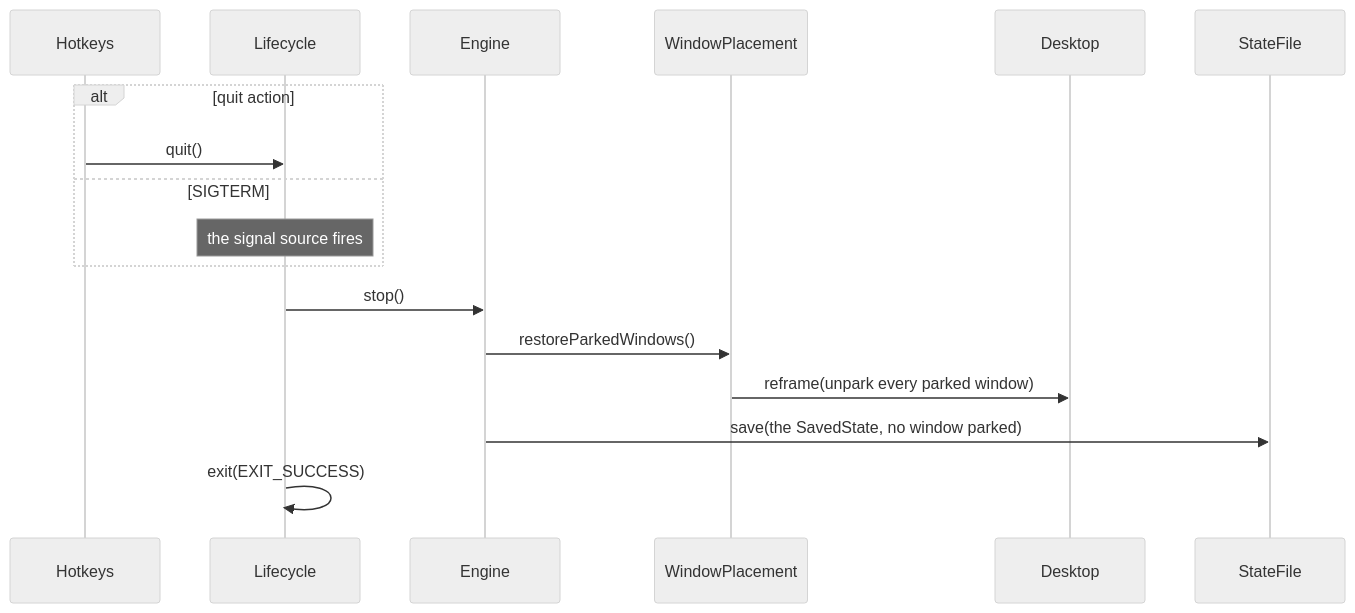
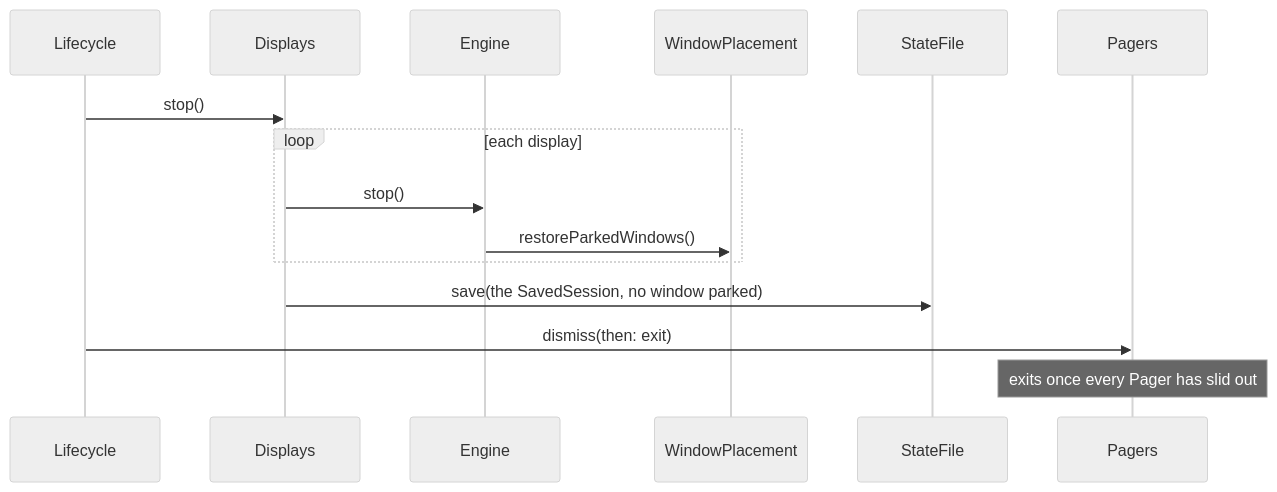
One commit to brennovich/ottowm changed diagram 21 of 25 in ARCHITECTURE.md. Above: the diagram before and after it, drawn with Mermaid (neutral theme). The commit also changed other lines of this file and 71 other files, not shown here.

First line of the commit message:
Run one engine and one Pager per display

````diff
--- a/ARCHITECTURE.md
+++ b/ARCHITECTURE.md
@@ -436,13 +493,11 @@
 ```mermaid
 sequenceDiagram
-    alt quit action
-        Hotkeys->>Lifecycle: quit()
-    else SIGTERM
-        Note over Lifecycle: the signal source fires
+    Lifecycle->>Displays: stop()
+    loop each display
+        Displays->>Engine: stop()
+        Engine->>WindowPlacement: restoreParkedWindows()
     end
-    Lifecycle->>Engine: stop()
-    Engine->>WindowPlacement: restoreParkedWindows()
-    WindowPlacement->>Desktop: reframe(unpark every parked window)
-    Engine->>StateFile: save(the SavedState, no window parked)
-    Lifecycle->>Lifecycle: exit(EXIT_SUCCESS)
+    Displays->>StateFile: save(the SavedSession, no window parked)
+    Lifecycle->>Pagers: dismiss(then: exit)
+    Note over Pagers: exits once every Pager has slid out
 ```
````
